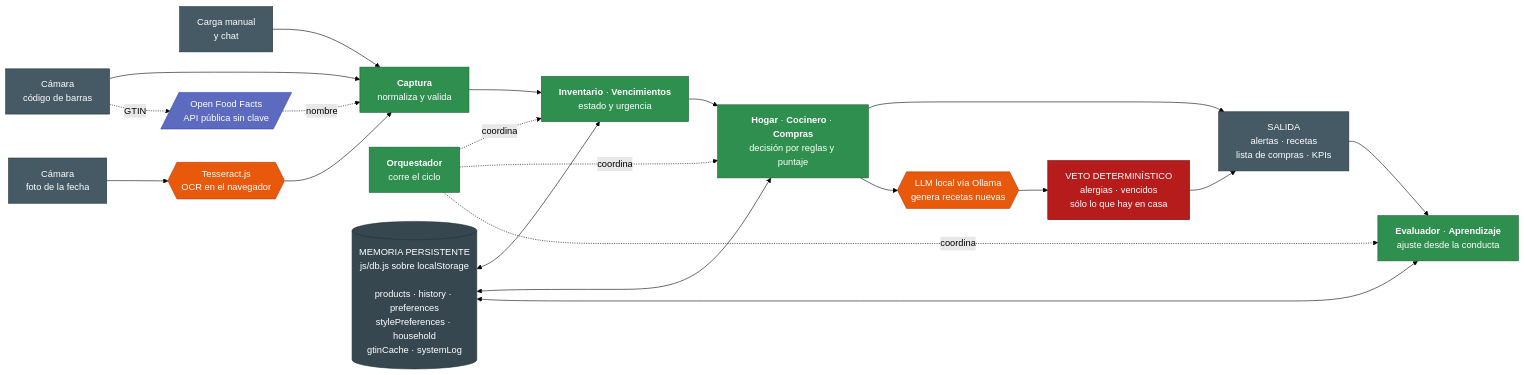
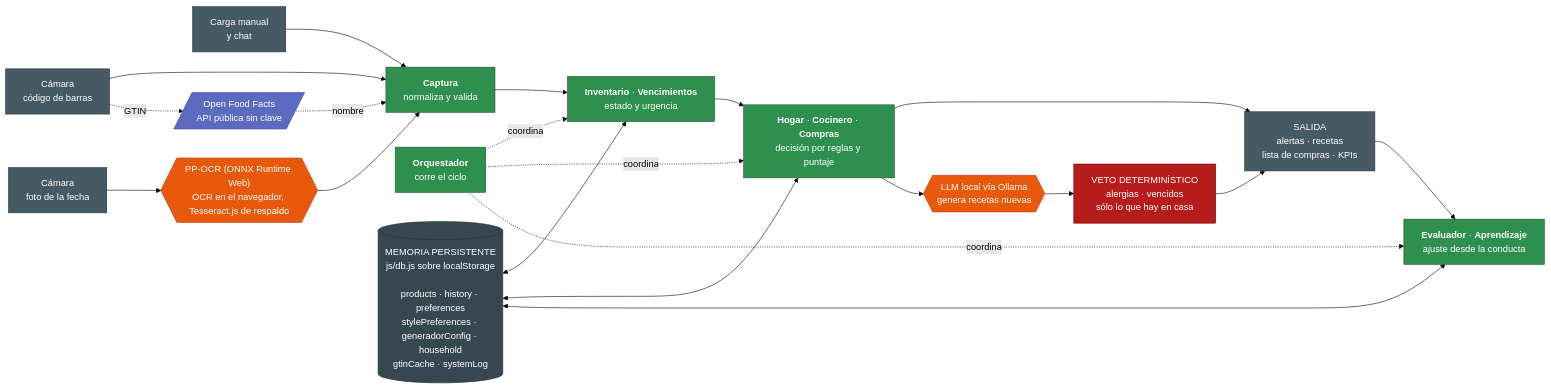
One commit to pablomonsalvo76/despensa-inteligente changed the first of 5 diagrams in docs/DIAGRAMAS.md. Above: the diagram before and after it, drawn with Mermaid (forest theme). The commit also changed other lines of this file and 2 other files, not shown here.

Commit message:
Docs: actualizar README y diagramas al motor PP-OCR actual
README y DIAGRAMAS.md seguían describiendo Tesseract.js como motor de
OCR principal y "112 pruebas" en 4 suites, desde antes del cambio a
PP-OCR sobre ONNX Runtime Web. Corregido en ambos (arquitectura,
secuencia y memoria persistente) y actualizado el conteo real: 211
pruebas en 7 suites.

Sumado a docs/CONTEXTO.md: estado relevado contra la grilla de
evaluación del TP y la discusión abierta sobre el límite de las 27
recetas fijas del catálogo (recetasParaVencer sólo busca ahí), para
retomar mañana con las opciones sobre la mesa.

````diff
--- a/docs/DIAGRAMAS.md
+++ b/docs/DIAGRAMAS.md
@@ -14,51 +14,51 @@
 ```mermaid
 flowchart LR
     E1["Cámara<br/>código de barras"]
     E2["Cámara<br/>foto de la fecha"]
     E3["Carga manual<br/>y chat"]
 
-    IA1{{"Tesseract.js<br/>OCR en el navegador"}}
+    IA1{{"PP-OCR (ONNX Runtime Web)<br/>OCR en el navegador, Tesseract.js de respaldo"}}
     X1[/"Open Food Facts<br/>API pública sin clave"/]
 
     L1["<b>Captura</b><br/>normaliza y valida"]
     L2["<b>Inventario</b> · <b>Vencimientos</b><br/>estado y urgencia"]
     L3["<b>Hogar</b> · <b>Cocinero</b> · <b>Compras</b><br/>decisión por reglas y puntaje"]
     L4["<b>Evaluador</b> · <b>Aprendizaje</b><br/>ajuste desde la conducta"]
     ORQ["<b>Orquestador</b><br/>corre el ciclo"]
 
     IA2{{"LLM local vía Ollama<br/>genera recetas nuevas"}}
     VETO["VETO DETERMINÍSTICO<br/>alergias · vencidos<br/>sólo lo que hay en casa"]
 
-    DB[("MEMORIA PERSISTENTE<br/>js/db.js sobre localStorage<br/><br/>products · history · preferences<br/>stylePreferences · household<br/>gtinCache · systemLog")]
+    DB[("MEMORIA PERSISTENTE<br/>js/db.js sobre localStorage<br/><br/>products · history · preferences<br/>stylePreferences · generadorConfig · household<br/>gtinCache · systemLog")]
 
     OUT["SALIDA<br/>alertas · recetas<br/>lista de compras · KPIs"]
 
     E1 --> L1
     E2 --> IA1 --> L1
     E3 --> L1
     E1 -. GTIN .-> X1 -. nombre .-> L1
 
     L1 --> L2 --> L3 --> OUT
     L3 --> IA2 --> VETO --> OUT
     OUT --> L4
     ORQ -.coordina.-> L2
     ORQ -.coordina.-> L3
     ORQ -.coordina.-> L4
 
     DB <--> L2
     DB <--> L3
     DB <--> L4
 
     classDef ia fill:#e8590c,stroke:#bf360c,color:#fff
     classDef logica fill:#2f8f4e,stroke:#1c5c32,color:#fff
     classDef mem fill:#37474f,stroke:#263238,color:#fff
     classDef ext fill:#5c6bc0,stroke:#3949ab,color:#fff
     classDef veto fill:#b71c1c,stroke:#7f0000,color:#fff
     classDef io fill:#455a64,stroke:#263238,color:#fff
     class IA1,IA2 ia
     class L1,L2,L3,L4,ORQ logica
     class VETO veto
     class DB mem
     class X1 ext
     class E1,E2,E3,OUT io
 ```
````
